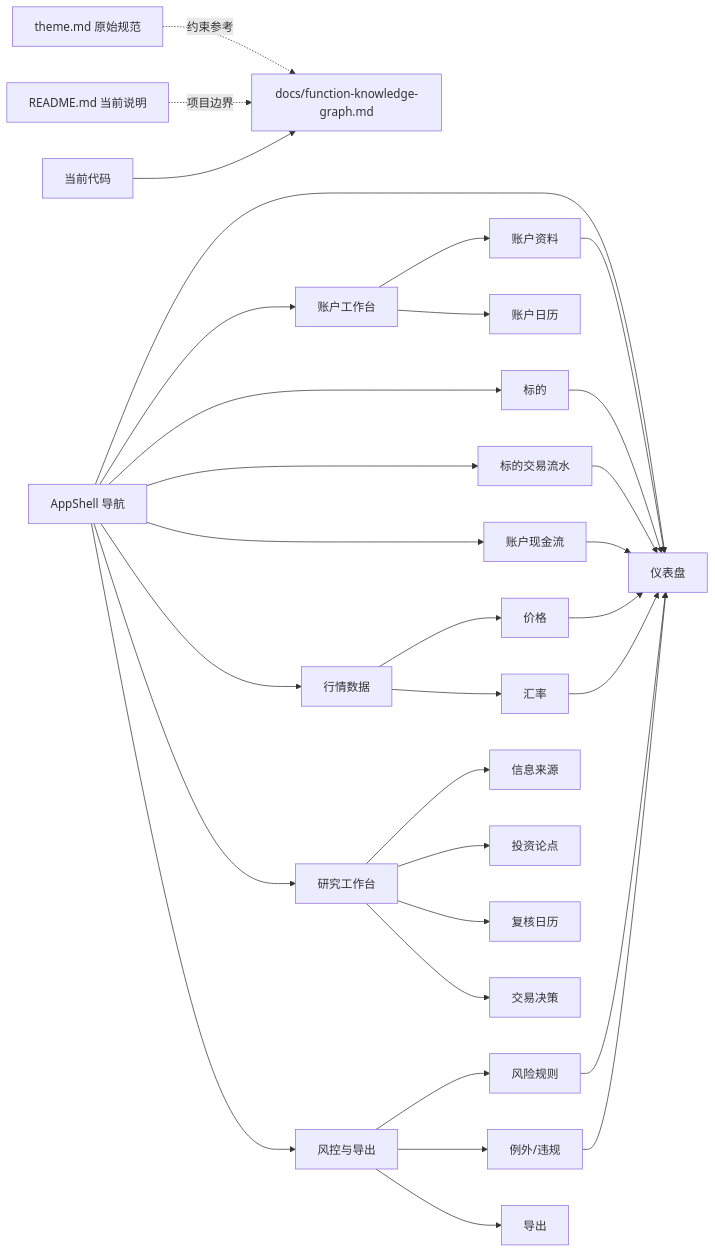
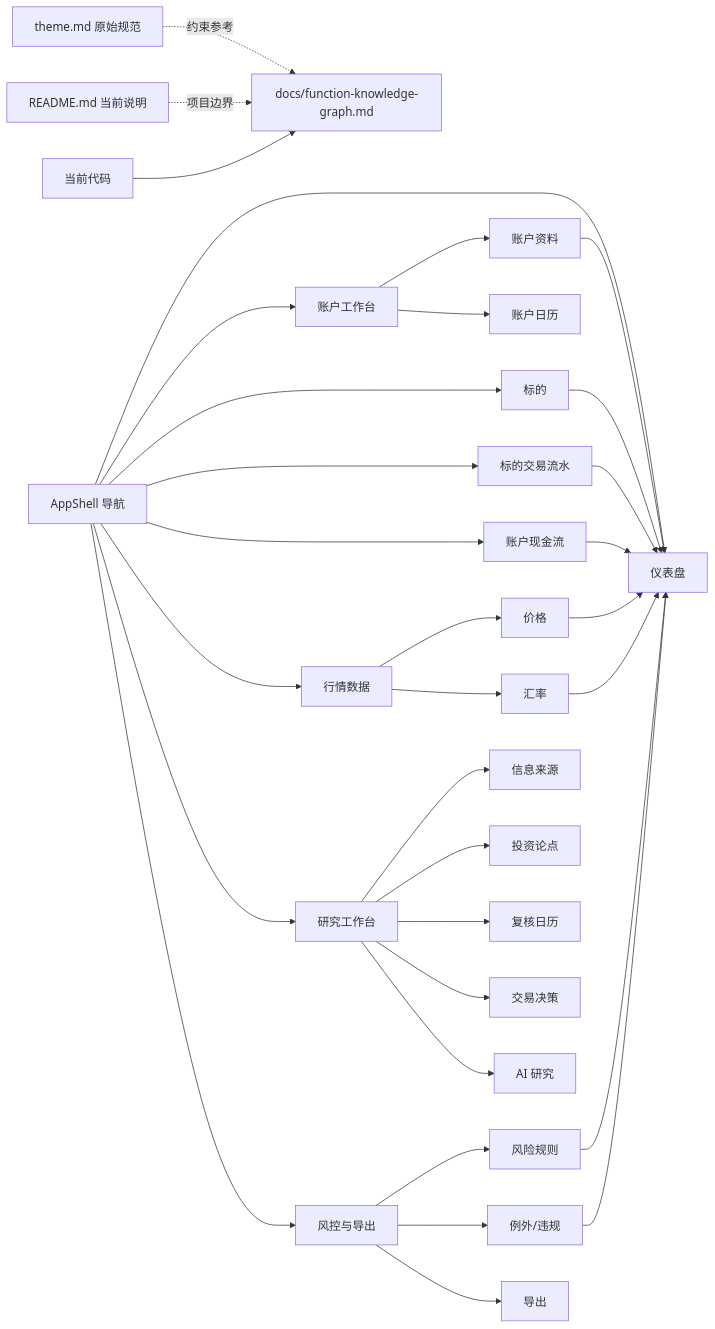
One commit to wongziu/Personal-Financial-Tools changed the first of 8 diagrams in docs/function-knowledge-graph.md. Above: the diagram before and after it, drawn with Mermaid. The commit also changed other lines of this file and 16 other files, not shown here.

````diff
--- a/docs/function-knowledge-graph.md
+++ b/docs/function-knowledge-graph.md
@@ -22,36 +22,37 @@
 ```mermaid
 flowchart LR
   Spec["theme.md 原始规范"] -.->|约束参考| Graph["docs/function-knowledge-graph.md"]
   Readme["README.md 当前说明"] -.->|项目边界| Graph
   Code["当前代码"] --> Graph
 
   Shell["AppShell 导航"] --> Dashboard["仪表盘"]
   Shell --> AccountsWs["账户工作台"]
   Shell --> Securities["标的"]
   Shell --> Transactions["标的交易流水"]
   Shell --> Cashflows["账户现金流"]
   Shell --> MarketWs["行情数据"]
   Shell --> ResearchWs["研究工作台"]
   Shell --> GovernanceWs["风控与导出"]
 
   AccountsWs --> Accounts["账户资料"]
   AccountsWs --> AccountCalendar["账户日历"]
   MarketWs --> Prices["价格"]
   MarketWs --> FxRates["汇率"]
   ResearchWs --> Sources["信息来源"]
   ResearchWs --> Theses["投资论点"]
   ResearchWs --> ReviewEvents["复核日历"]
   ResearchWs --> TradeDecisions["交易决策"]
+  ResearchWs --> ResearchAi["AI 研究"]
   GovernanceWs --> RiskRules["风险规则"]
   GovernanceWs --> Exceptions["例外/违规"]
   GovernanceWs --> Export["导出"]
 
   Accounts --> Dashboard
   Securities --> Dashboard
   Transactions --> Dashboard
   Cashflows --> Dashboard
   Prices --> Dashboard
   FxRates --> Dashboard
   RiskRules --> Dashboard
   Exceptions --> Dashboard
 ```
````
